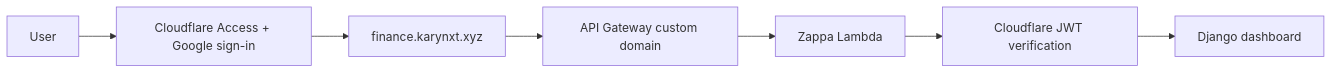
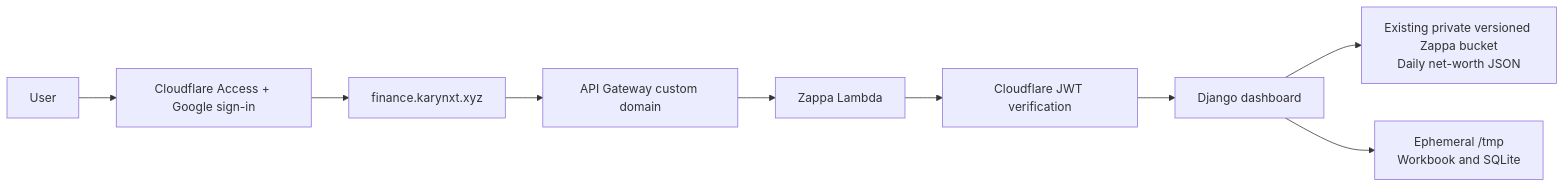
The diagram in DEPLOYMENT.md (praveenkumarv-github/portfolio), drawn with Mermaid before and after one commit. The commit also changed other lines of this file and 43 other files, not shown here.

First line of the commit message:
feat: Implement net worth history management with S3 integration

````diff
--- a/DEPLOYMENT.md
+++ b/DEPLOYMENT.md
@@ -5,9 +9,11 @@
 ```mermaid
 flowchart LR
     User --> CF[Cloudflare Access + Google sign-in]
     CF --> Domain[finance.karynxt.xyz]
     Domain --> APIGW[API Gateway custom domain]
     APIGW --> Lambda[Zappa Lambda]
     Lambda --> JWT[Cloudflare JWT verification]
     JWT --> Django[Django dashboard]
+    Django --> S3[Existing private versioned Zappa bucket<br/>Daily net-worth JSON]
+    Django --> TMP[Ephemeral /tmp<br/>Workbook and SQLite]
 ```
````
